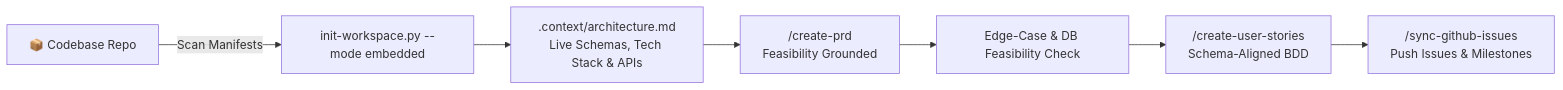
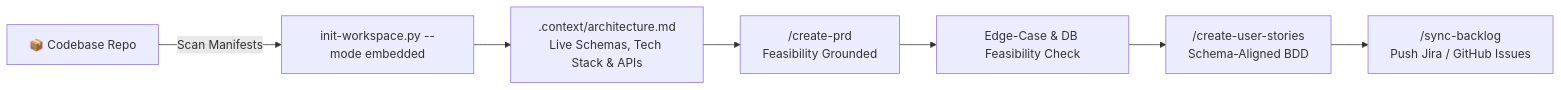
One commit to abjsyn/ai-pm-sidekick changed the third of 3 diagrams in AI_SDLC.md. Above: the diagram before and after it, drawn with Mermaid. The commit also changed other lines of this file and 120 other files, not shown here.

First line of the commit message:
feat(harness): implement 5-phase AI PM Sidekick harness architecture upgrade

````diff
--- a/AI_SDLC.md
+++ b/AI_SDLC.md
@@ -205,9 +203,9 @@
 ```mermaid
 flowchart LR
     REPO["📦 Codebase Repo"] -->|Scan Manifests| INIT["init-workspace.py --mode embedded"]
     INIT --> ARCH[".context/architecture.md<br/>Live Schemas, Tech Stack & APIs"]
     ARCH --> PRD["/create-prd<br/>Feasibility Grounded"]
     PRD --> TEST["Edge-Case & DB Feasibility Check"]
     TEST --> STORIES["/create-user-stories<br/>Schema-Aligned BDD"]
-    STORIES --> GH["/sync-github-issues<br/>Push Issues & Milestones"]
+    STORIES --> GH["/sync-backlog<br/>Push Jira / GitHub Issues"]
 ```
````
